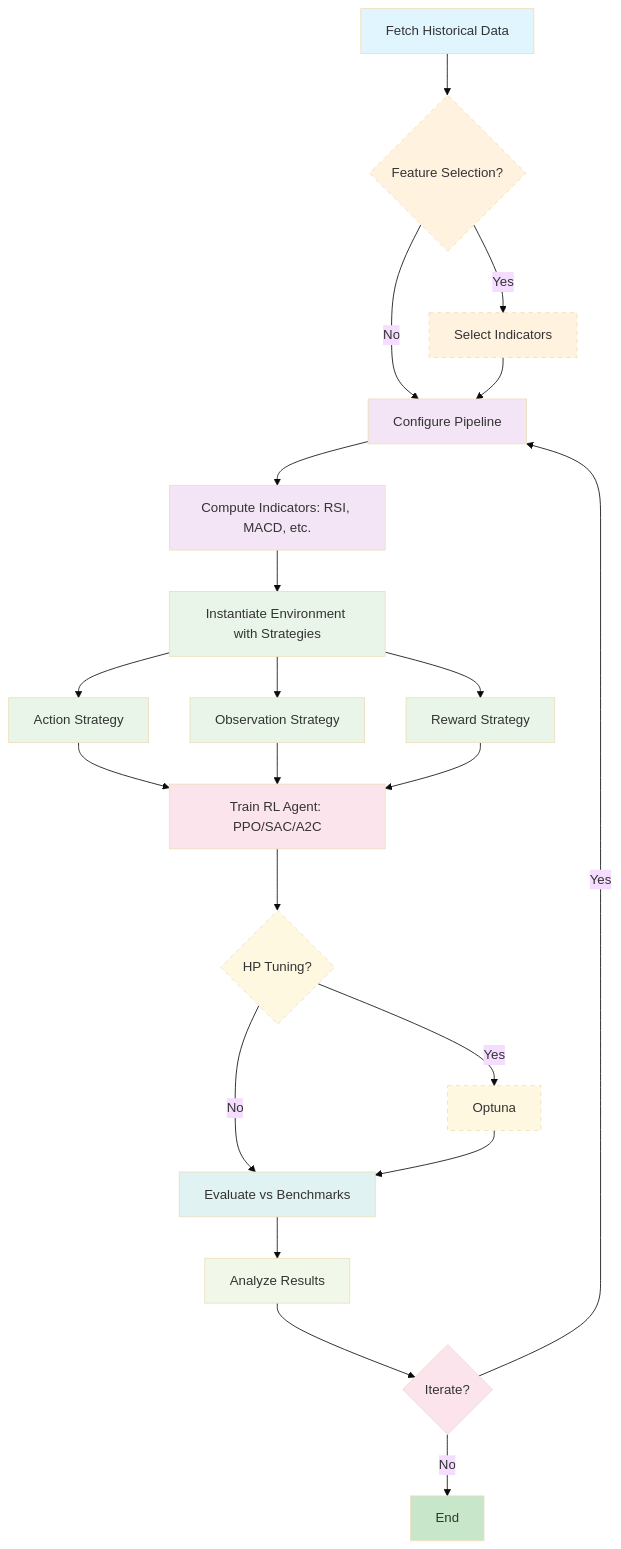
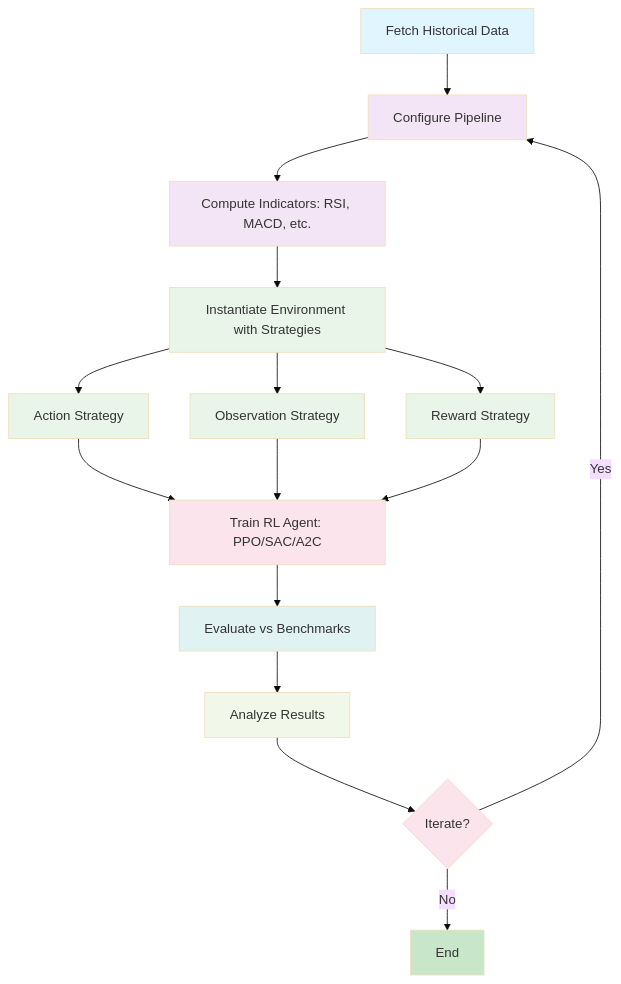
One commit to whanyu1212/QuantRL-Lab changed the first of 9 diagrams in README.md. Above: the diagram before and after it, drawn with Mermaid (base theme).

Commit message:
removed optional nodes and paths for simplicity

````diff
--- a/README.md
+++ b/README.md
@@ -61,53 +61,38 @@
 ```mermaid
 flowchart TB
-    A[Fetch Historical Data] --> B{Feature Selection?}
+    A[Fetch Historical Data] --> B[Configure Pipeline]
 
-    B -->|Yes| C[Select Indicators]
-    B -->|No| D[Configure Pipeline]
-    C --> D
+    B --> C[Compute Indicators: RSI, MACD, etc.]
 
-    D --> E[Compute Indicators: RSI, MACD, etc.]
+    C --> D[Instantiate Environment with Strategies]
 
-    E --> F[Instantiate Environment with Strategies]
+    D --> E[Action Strategy]
+    D --> F[Observation Strategy]
+    D --> G[Reward Strategy]
 
-    F --> G[Action Strategy]
-    F --> H[Observation Strategy]
-    F --> I[Reward Strategy]
+    E --> H
+    F --> H
+    G --> H
 
-    G --> J
-    H --> J
-    I --> J
+    H[Train RL Agent: PPO/SAC/A2C] --> I[Evaluate vs Benchmarks]
 
-    J[Train RL Agent: PPO/SAC/A2C] --> K{HP Tuning?}
+    I --> J[Analyze Results]
 
-    K -->|No| M
-    K -->|Yes| L[Optuna]
-    L --> M
+    J --> K{Iterate?}
 
-    M[Evaluate vs Benchmarks] --> N[Analyze Results]
-
-    N --> O{Iterate?}
-
-    O -->|Yes| D
-    O -->|No| P[End]
+    K -->|Yes| B
+    K -->|No| L[End]
 
     style A fill:#e1f5fe
-    style B fill:#fff3e0
-    style C fill:#fff3e0
-    style D fill:#f3e5f5
-    style E fill:#f3e5f5
+    style B fill:#f3e5f5
+    style C fill:#f3e5f5
+    style D fill:#e8f5e8
+    style E fill:#e8f5e8
     style F fill:#e8f5e8
     style G fill:#e8f5e8
-    style H fill:#e8f5e8
-    style I fill:#e8f5e8
-    style J fill:#fce4ec
-    style K fill:#fff8e1
-    style L fill:#fff8e1
-    style M fill:#e0f2f1
-    style N fill:#f1f8e9
-    style O fill:#fce4ec
-    style P fill:#c8e6c9
-
-    classDef optional stroke-dasharray: 5 5
-    class B,C,K,L optional
+    style H fill:#fce4ec
+    style I fill:#e0f2f1
+    style J fill:#f1f8e9
+    style K fill:#fce4ec
+    style L fill:#c8e6c9
 ```
````
